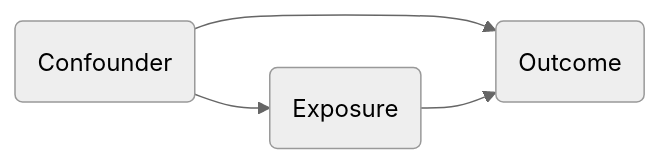
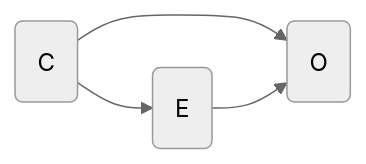
Before and after one commit to janickweberpals/icpe-git-2025: the diagram in 05a_quarto_presentation.qmd, drawn with Mermaid (neutral theme). The commit also changed other lines of this file, not shown here.

Commit message:
improved DAG

````diff
--- a/05a_quarto_presentation.qmd
+++ b/05a_quarto_presentation.qmd
@@ -362,6 +362,6 @@
 ```{mermaid}
 flowchart LR
-  C(Confounder) --> E(Exposure)
-  C(Confounder) --> O(Outcome)
-  E(Exposure) --> O(Outcome)
+  C(C) --> E(E)
+  C(C) --> O(O)
+  E(E) --> O(O)
 ```
````
